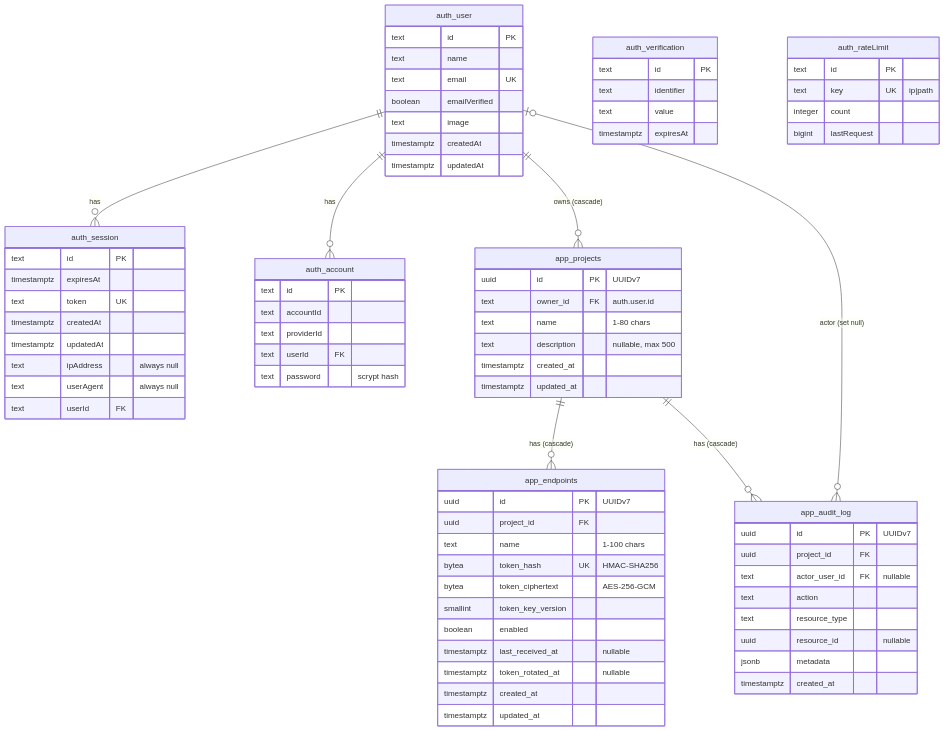
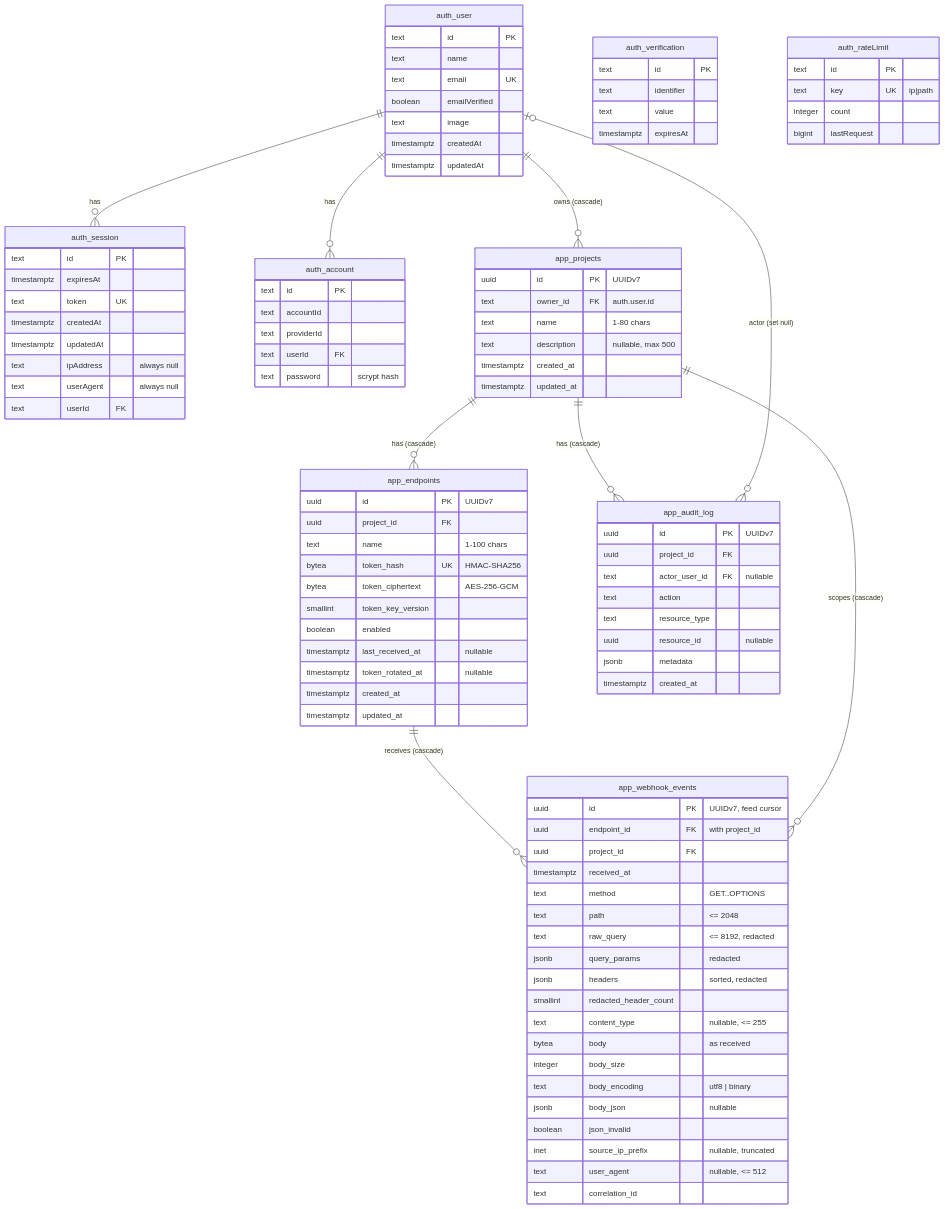
The diagram in docs/architecture/erd.md (yasineh/relaylab-app), drawn with Mermaid before and after one commit. The commit also changed other lines of this file and 7 other files, not shown here.

Commit message:
Add webhook_events table, ingestion queries, and ERD (add-webhook-ingestion tasks 1.1–1.3)

```diff
--- a/docs/architecture/erd.md
+++ b/docs/architecture/erd.md
@@ -20,6 +21,8 @@
   app_projects ||--o{ app_endpoints : "has (cascade)"
   app_projects ||--o{ app_audit_log : "has (cascade)"
   auth_user |o--o{ app_audit_log : "actor (set null)"
+  app_endpoints ||--o{ app_webhook_events : "receives (cascade)"
+  app_projects ||--o{ app_webhook_events : "scopes (cascade)"
   app_endpoints {
     uuid id PK "UUIDv7"
     uuid project_id FK
@@ -32,6 +35,27 @@
     timestamptz token_rotated_at "nullable"
     timestamptz created_at
     timestamptz updated_at
+  }
+  app_webhook_events {
+    uuid id PK "UUIDv7, feed cursor"
+    uuid endpoint_id FK "with project_id"
+    uuid project_id FK
+    timestamptz received_at
+    text method "GET..OPTIONS"
+    text path "<= 2048"
+    text raw_query "<= 8192, redacted"
+    jsonb query_params "redacted"
+    jsonb headers "sorted, redacted"
+    smallint redacted_header_count
+    text content_type "nullable, <= 255"
+    bytea body "as received"
+    integer body_size
+    text body_encoding "utf8 | binary"
+    jsonb body_json "nullable"
+    boolean json_invalid
+    inet source_ip_prefix "nullable, truncated"
+    text user_agent "nullable, <= 512"
+    text correlation_id
   }
   app_audit_log {
     uuid id PK "UUIDv7"
```
